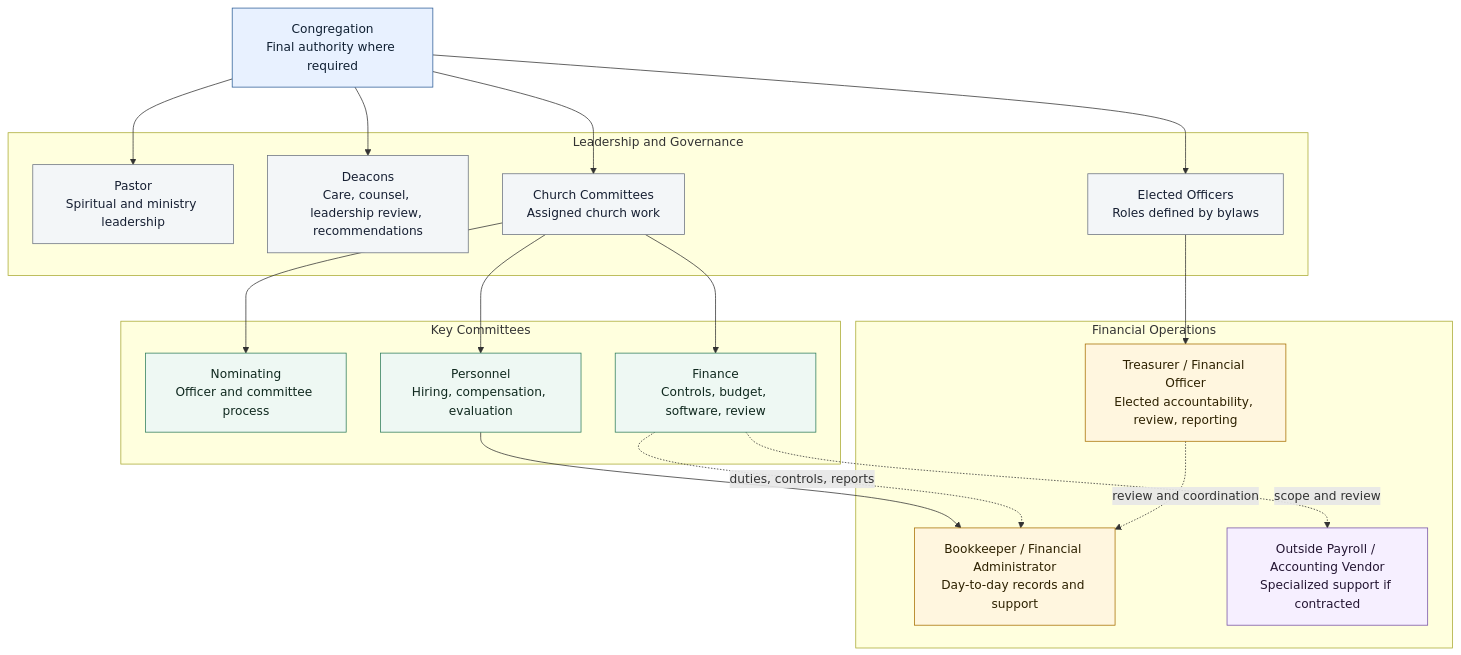
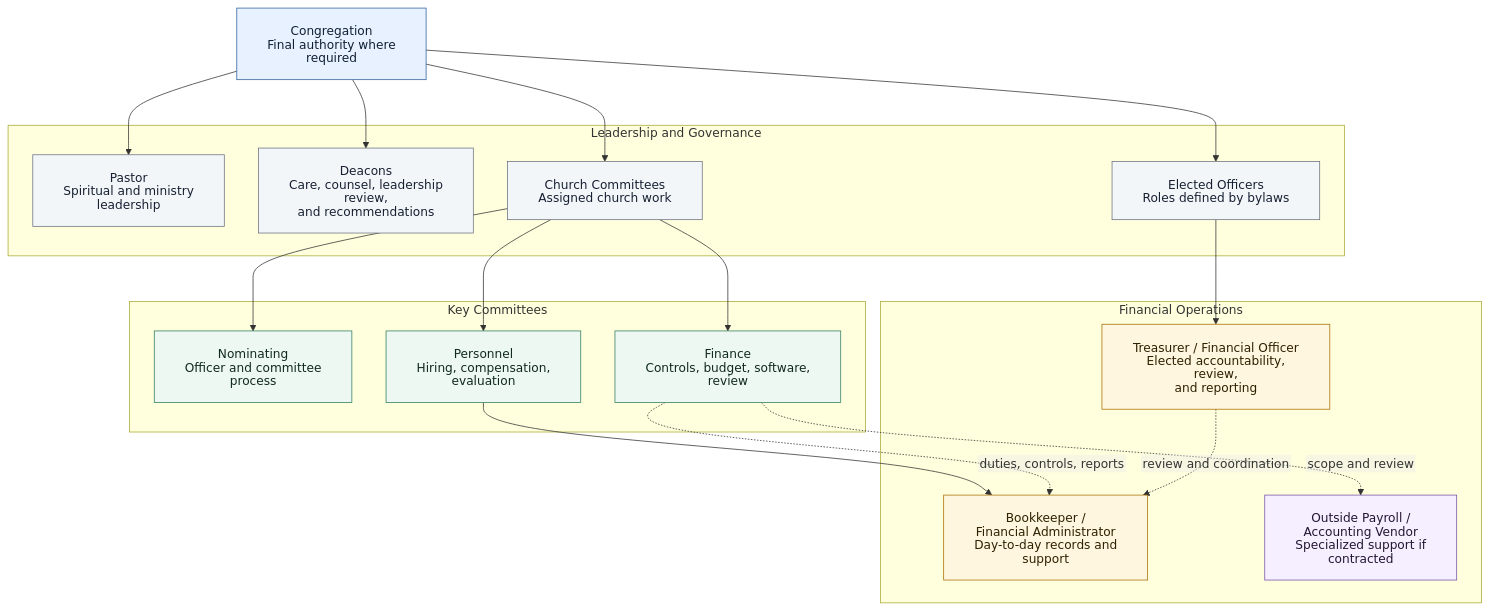
The first of 2 diagrams in docs/governance/church-organization-chart.md (coryd3/kbc-financial-operations), drawn with Mermaid before and after one commit. The commit also changed other lines of this file and 6 other files, not shown here.

Commit message:
Improve diagram and matrix readability

````diff
--- a/docs/governance/church-organization-chart.md
+++ b/docs/governance/church-organization-chart.md
@@ -24,48 +24,48 @@
 ```mermaid
-%%{init: {"flowchart": {"curve": "basis", "nodeSpacing": 45, "rankSpacing": 60, "padding": 16}}}%%
+%%{init: {"htmlLabels": false, "flowchart": {"curve": "basis", "nodeSpacing": 45, "rankSpacing": 60, "padding": 20, "wrappingWidth": 220}}}%%
 flowchart TD
     Congregation["Congregation<br/>Final authority where required"]
 
     subgraph Leadership [Leadership and Governance]
         Pastor["Pastor<br/>Spiritual and ministry leadership"]
-        Deacons["Deacons<br/>Care, counsel, leadership review, recommendations"]
+        Deacons["Deacons<br/>Care, counsel, leadership review,<br/>and recommendations"]
         Officers["Elected Officers<br/>Roles defined by bylaws"]
         Committees["Church Committees<br/>Assigned church work"]
     end
 
     subgraph CommitteesGroup [Key Committees]
         Nominating["Nominating<br/>Officer and committee process"]
         Finance["Finance<br/>Controls, budget, software, review"]
         Personnel["Personnel<br/>Hiring, compensation, evaluation"]
     end
 
     subgraph FinanceOps [Financial Operations]
-        Treasurer["Treasurer / Financial Officer<br/>Elected accountability, review, reporting"]
-        Bookkeeper["Bookkeeper / Financial Administrator<br/>Day-to-day records and support"]
-        Vendor["Outside Payroll / Accounting Vendor<br/>Specialized support if contracted"]
+        Treasurer["Treasurer / Financial Officer<br/>Elected accountability, review,<br/>and reporting"]
+        Bookkeeper["Bookkeeper /<br/>Financial Administrator<br/>Day-to-day records and support"]
+        Vendor["Outside Payroll /<br/>Accounting Vendor<br/>Specialized support if contracted"]
     end
 
     Congregation --> Pastor
     Congregation --> Deacons
     Congregation --> Officers
     Congregation --> Committees
     Committees --> Nominating
     Committees --> Finance
     Committees --> Personnel
     Officers --> Treasurer
     Personnel --> Bookkeeper
     Finance -. duties, controls, reports .-> Bookkeeper
     Treasurer -. review and coordination .-> Bookkeeper
     Finance -. scope and review .-> Vendor
 
     classDef authority fill:#e8f1ff,stroke:#2f5f98,color:#102033,stroke-width:1px;
     classDef leadership fill:#f3f6f8,stroke:#6b7280,color:#172033,stroke-width:1px;
     classDef committee fill:#eef8f3,stroke:#2f7d5b,color:#10291f,stroke-width:1px;
     classDef operations fill:#fff6df,stroke:#a76f00,color:#2d2100,stroke-width:1px;
     classDef vendor fill:#f6efff,stroke:#7551a6,color:#241633,stroke-width:1px;
     class Congregation authority;
     class Pastor,Deacons,Officers,Committees leadership;
     class Nominating,Finance,Personnel committee;
     class Treasurer,Bookkeeper operations;
     class Vendor vendor;
 ```
````
